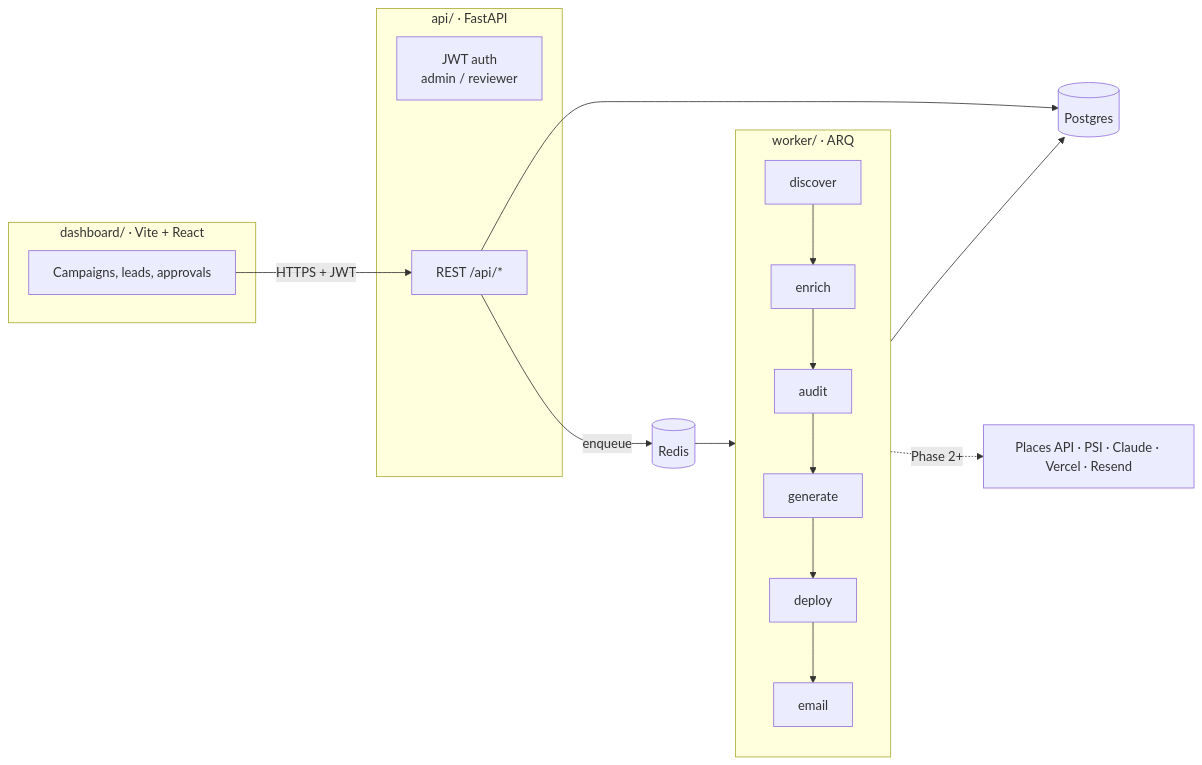
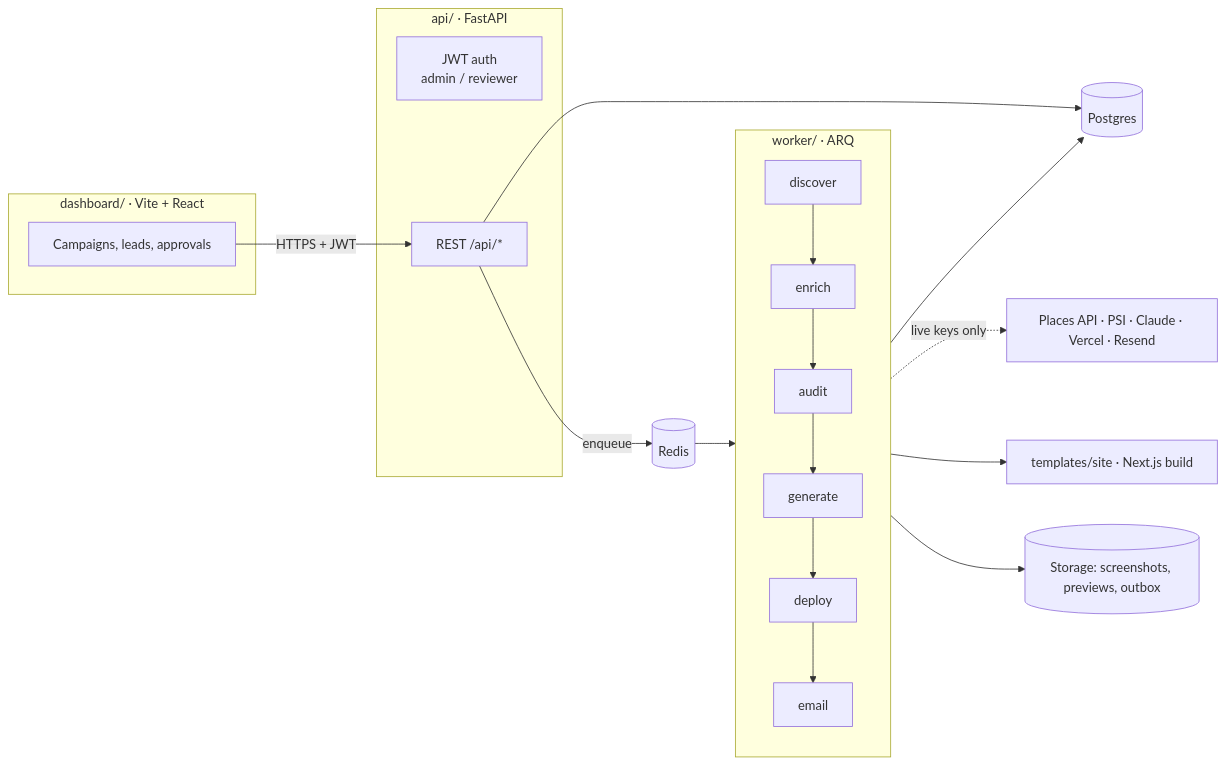
One commit to sharathhy/WebsiteBuilder changed the diagram in docs/architecture.md. Above: the diagram before and after it, drawn with Mermaid. The commit also changed other lines of this file and 25 other files, not shown here.

First line of the commit message:
Phase 8: hardening, docs and dashboard screenshots

````diff
--- a/docs/architecture.md
+++ b/docs/architecture.md
@@ -3,19 +3,21 @@
 ```mermaid
 flowchart LR
   subgraph Dashboard [dashboard/ · Vite + React]
     UI[Campaigns, leads, approvals]
   end
   subgraph API [api/ · FastAPI]
     Auth[JWT auth<br/>admin / reviewer]
     Routes[REST /api/*]
   end
   subgraph Workers [worker/ · ARQ]
     Q1[discover] --> Q2[enrich] --> Q3[audit] --> Q4[generate] --> Q5[deploy] --> Q6[email]
   end
   UI -->|HTTPS + JWT| Routes
   Routes -->|enqueue| R[(Redis)]
   R --> Workers
   Routes --> PG[(Postgres)]
   Workers --> PG
-  Workers -.->|Phase 2+| EXT[Places API · PSI · Claude · Vercel · Resend]
+  Workers -.->|live keys only| EXT[Places API · PSI · Claude · Vercel · Resend]
+  Workers --> TPL[templates/site · Next.js build]
+  Workers --> ST[(Storage: screenshots, previews, outbox)]
 ```
````
